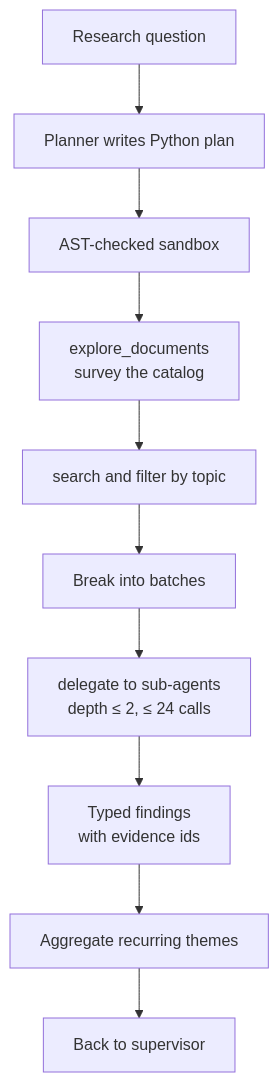
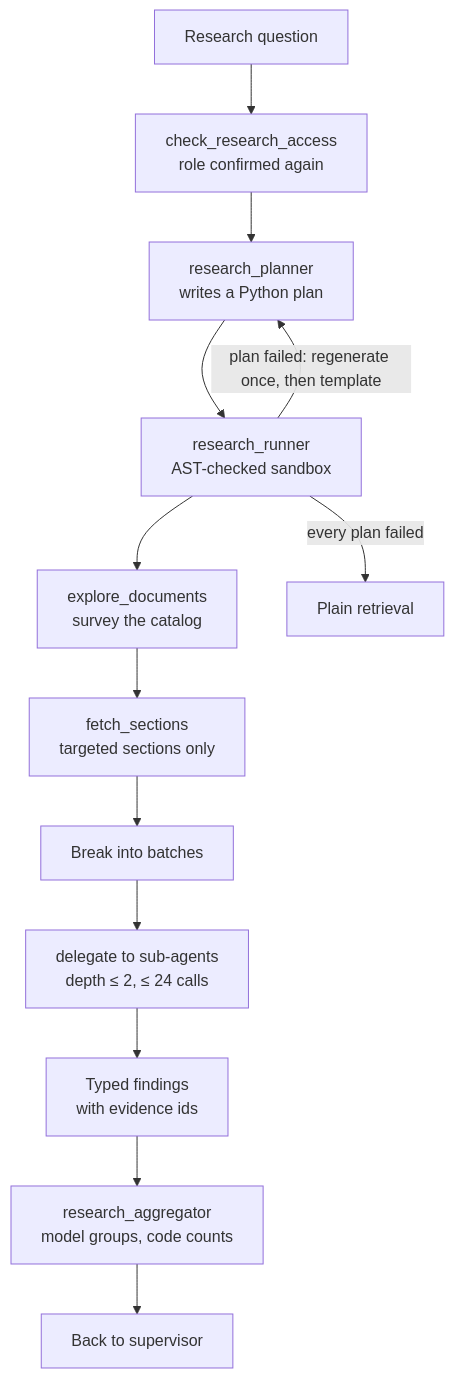
Before and after one commit to SuchiraLaknath/Enterprise-Knowledge-Assistant: the fourth of 4 diagrams in docs/ARCHITECTURE.md, drawn with Mermaid. The commit also changed other lines of this file and 3 other files, not shown here.

````diff
--- a/docs/ARCHITECTURE.md
+++ b/docs/ARCHITECTURE.md
@@ -114,12 +114,15 @@
 ```mermaid
 flowchart TD
-    question[Research question] --> planner[Planner writes Python plan]
-    planner --> sandbox[AST-checked sandbox]
-    sandbox --> explore[explore_documents<br/>survey the catalog]
-    explore --> narrow[search and filter by topic]
+    question[Research question] --> access[check_research_access<br/>role confirmed again]
+    access --> planner[research_planner<br/>writes a Python plan]
+    planner --> runner[research_runner<br/>AST-checked sandbox]
+    runner --> explore[explore_documents<br/>survey the catalog]
+    explore --> narrow[fetch_sections<br/>targeted sections only]
     narrow --> batches[Break into batches]
     batches --> delegate[delegate to sub-agents<br/>depth ≤ 2, ≤ 24 calls]
     delegate --> findings[Typed findings<br/>with evidence ids]
-    findings --> aggregate[Aggregate recurring themes]
+    findings --> aggregate[research_aggregator<br/>model groups, code counts]
     aggregate --> supervisor[Back to supervisor]
+    runner -- "plan failed: regenerate once, then template" --> planner
+    runner -- "every plan failed" --> retrieval[Plain retrieval]
 ```
````
